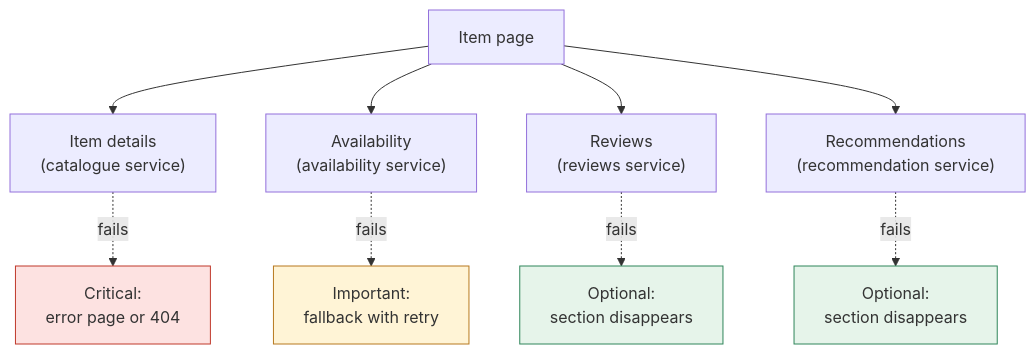
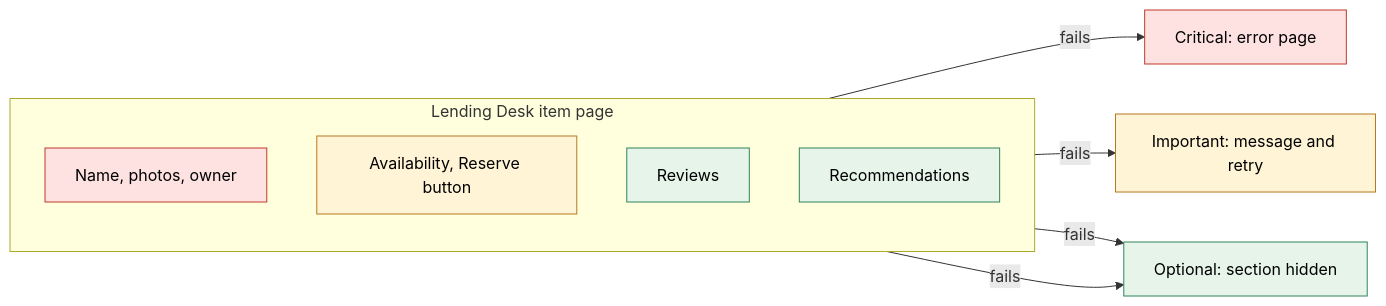
One commit to christiansany/cas-fee-26-frontend-challenges changed the first of 4 diagrams in topics/partial-failures/README.md. Above: the diagram before and after it, drawn with Mermaid. The commit also changed other lines of this file and 8 other files, not shown here.

````diff
--- a/topics/partial-failures/README.md
+++ b/topics/partial-failures/README.md
@@ -78,20 +74,21 @@
 ```mermaid
-flowchart TB
-  page["Item page"]
-  page --> item["Item details<br/>(catalogue service)"]
-  page --> avail["Availability<br/>(availability service)"]
-  page --> reviews["Reviews<br/>(reviews service)"]
-  page --> recs["Recommendations<br/>(recommendation service)"]
+flowchart LR
+  subgraph page["Lending Desk item page"]
+    direction TB
+    item["Name, photos, owner"]
+    avail["Availability, Reserve button"]
+    reviews["Reviews"]
+    recs["Recommendations"]
+  end
+  item -- "fails" --> c["Critical: error page"]
+  avail -- "fails" --> i["Important: message and retry"]
+  reviews -- "fails" --> o["Optional: section hidden"]
+  recs -- "fails" --> o
 
-  item -. fails .-> c["Critical:<br/>error page or 404"]
-  avail -. fails .-> i["Important:<br/>fallback with retry"]
-  reviews -. fails .-> o1["Optional:<br/>section disappears"]
-  recs -. fails .-> o2["Optional:<br/>section disappears"]
-
-  classDef critical fill:#fde2e1,stroke:#c0392b
-  classDef important fill:#fff4d6,stroke:#b7791f
-  classDef optional fill:#e6f4ea,stroke:#2f855a
-  class c critical
-  class i important
-  class o1,o2 optional
+  classDef critical fill:#fde2e1,stroke:#c0392b,color:#000
+  classDef important fill:#fff4d6,stroke:#b7791f,color:#000
+  classDef optional fill:#e6f4ea,stroke:#2f855a,color:#000
+  class item,c critical
+  class avail,i important
+  class reviews,recs,o optional
 ```
````
